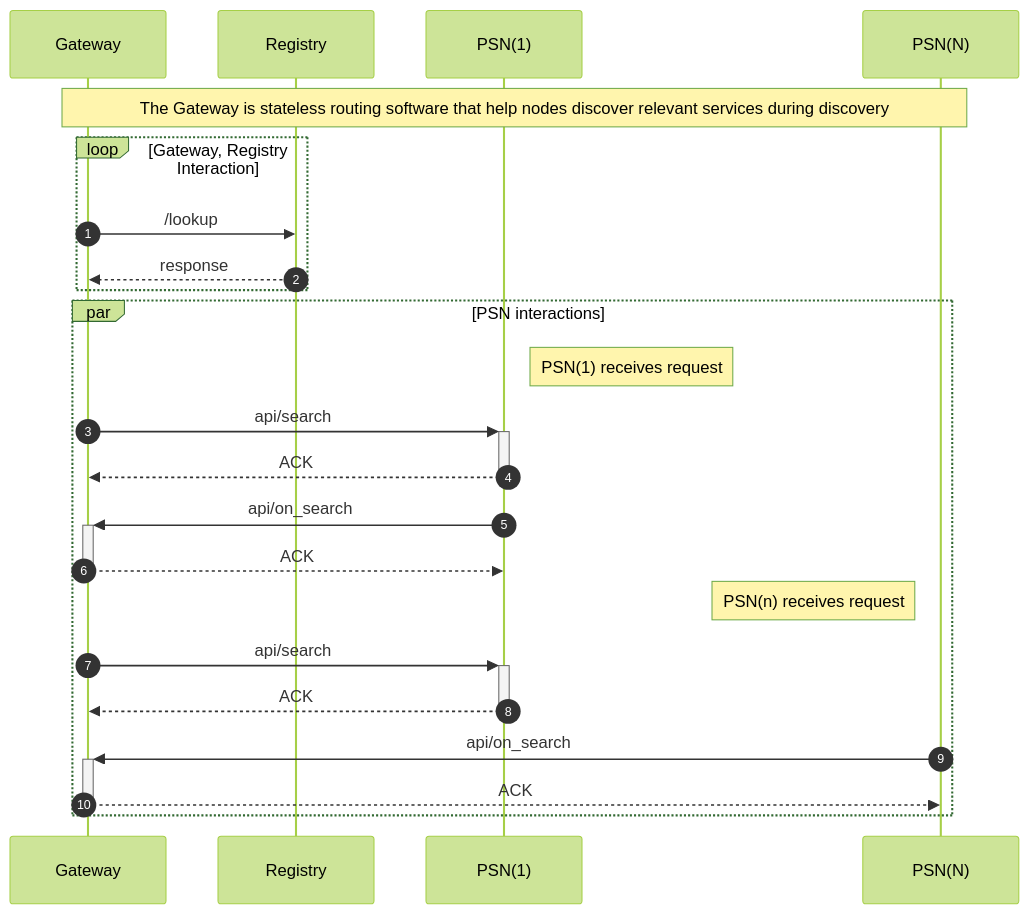
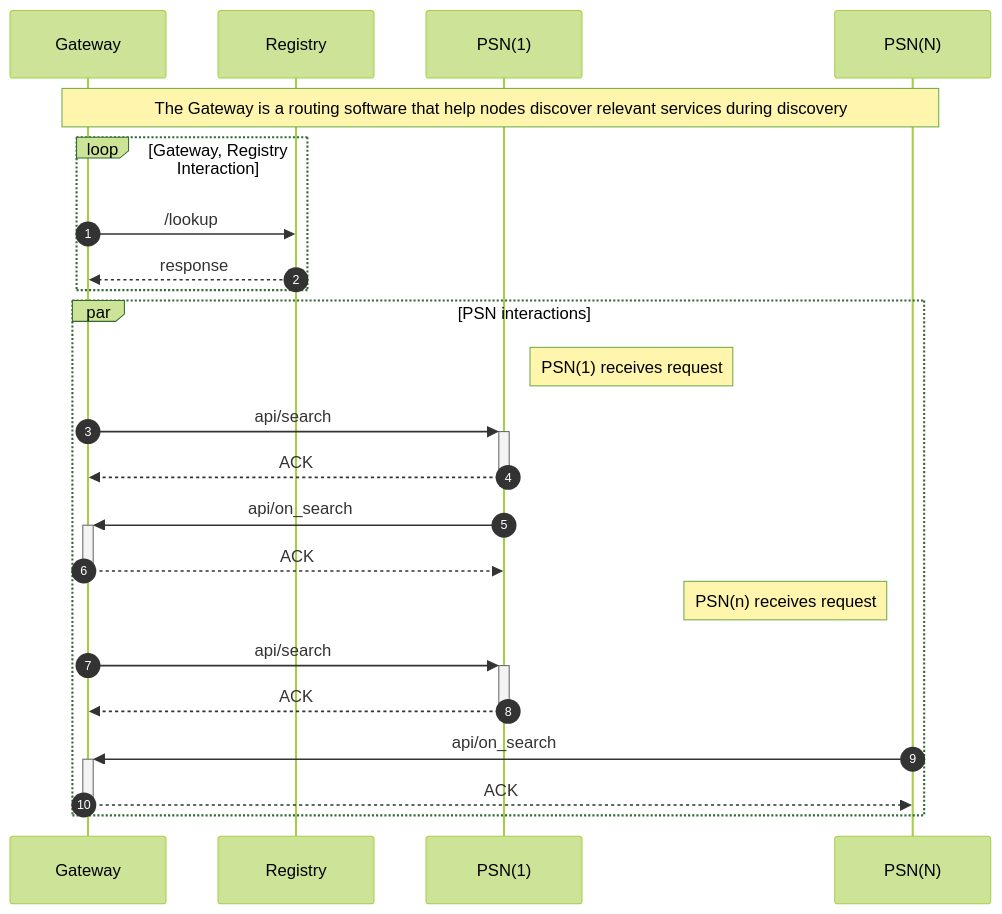
The first of 14 diagrams in docs/OVERVIEW.md (Palette-Labs-Inc/protocol), drawn with Mermaid (forest theme) before and after one commit. The commit also changed other lines of this file, not shown here.

Commit message:
gateway update

````diff
--- a/docs/OVERVIEW.md
+++ b/docs/OVERVIEW.md
@@ -31,28 +31,28 @@
  ```mermaid
 sequenceDiagram
     autonumber
     participant Gateway
     participant REGISTRY as Registry
     participant PSN1 as PSN(1)
     participant PSNn as PSN(N)
 
-    Note over Gateway, PSNn: The Gateway is stateless routing software that help nodes discover relevant services during discovery
+    Note over Gateway, PSNn: The Gateway is a routing software that help nodes discover relevant services during discovery
     loop Gateway, Registry Interaction
     Gateway->>REGISTRY: /lookup
     REGISTRY-->>Gateway: response
     end 
 
     par PSN interactions
         Note right of PSN1: PSN(1) receives request
         Gateway->>+PSN1: api/search
         PSN1-->>-Gateway: ACK
         PSN1->>+Gateway: api/on_search
         Gateway-->>-PSN1: ACK
 
         Note left of PSNn: PSN(n) receives request
         Gateway->>+PSN1: api/search
         PSN1-->>-Gateway: ACK
         PSNn->>+Gateway: api/on_search
         Gateway-->>-PSNn: ACK
     end
  ```
````
